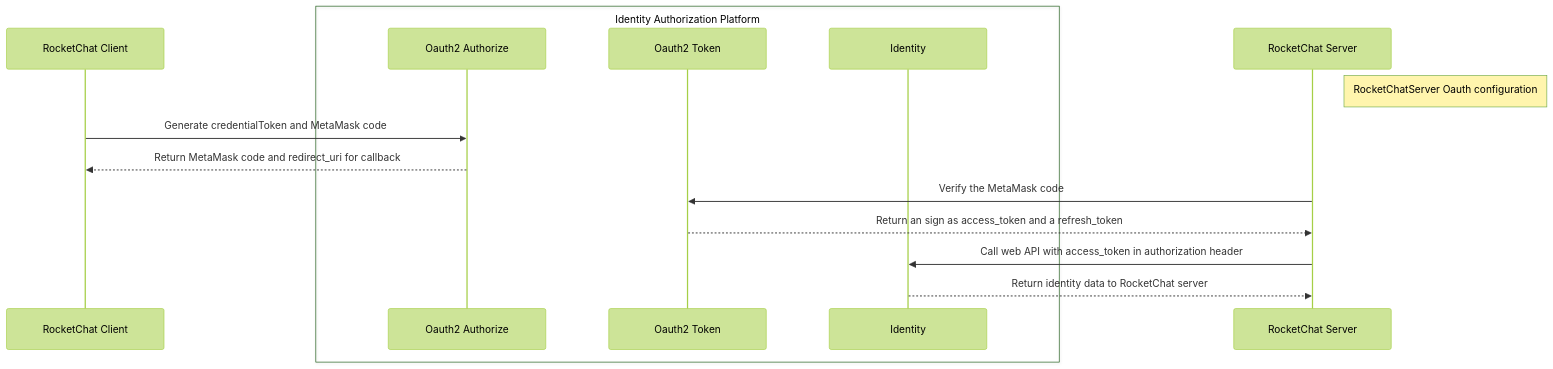
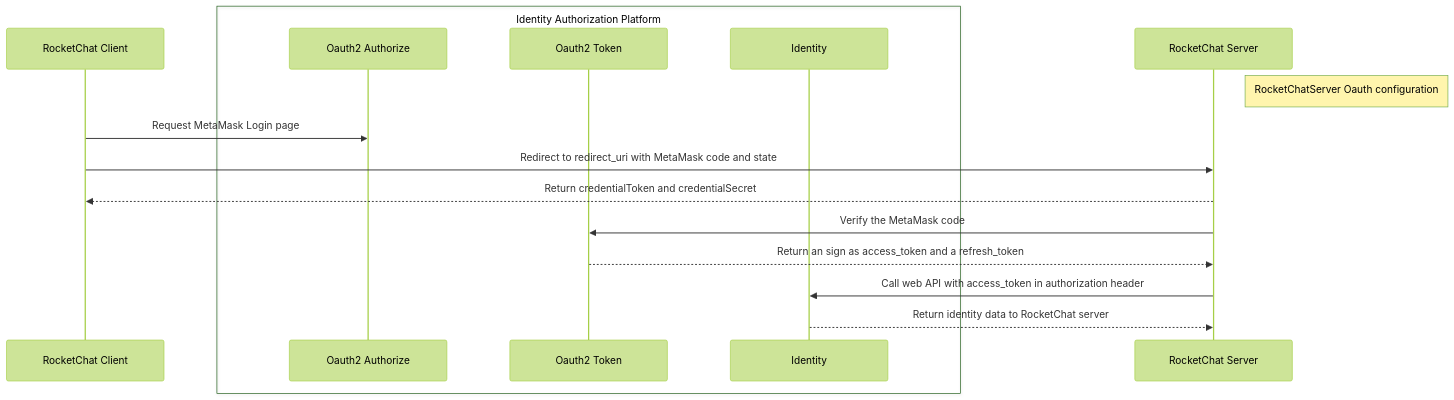
The diagram in website/docs/rocketchat/rocketchat-metamask-oauth.mdx (vulnsystem/vulnsystem.github.io), drawn with Mermaid (forest theme) before and after one commit. The commit also changed other lines of this file, not shown here.

````diff
--- a/website/docs/rocketchat/rocketchat-metamask-oauth.mdx
+++ b/website/docs/rocketchat/rocketchat-metamask-oauth.mdx
@@ -9,34 +9,35 @@
 ```mermaid
 
 %%{
   init: {
     'sequence': {
       'actorMargin': 100,
       'width': 250,
       'noteMargin': 15
     }
   }
 }%%
 
 
 sequenceDiagram
   participant RocketChatClient as RocketChat Client
   participant Oauth2Authorize as Oauth2 Authorize
   participant Oauth2Token as Oauth2 Token
   participant ResourceServer as Identity
   participant RocketChatServer as RocketChat Server
 
   Note right of RocketChatServer: RocketChatServer Oauth configuration
-  RocketChatClient ->> Oauth2Authorize: Generate credentialToken and MetaMask code
-  Oauth2Authorize -->> RocketChatClient: Return MetaMask code and redirect_uri for callback
+  RocketChatClient ->> Oauth2Authorize: Request MetaMask Login page 
+  RocketChatClient ->> RocketChatServer: Redirect to redirect_uri with MetaMask code and state
+  RocketChatServer -->> RocketChatClient: Return credentialToken and credentialSecret
   RocketChatServer ->> Oauth2Token: Verify the MetaMask code
   Oauth2Token -->> RocketChatServer: Return an sign as access_token and a refresh_token
   RocketChatServer ->> ResourceServer: Call web API with access_token in authorization header
   ResourceServer -->> RocketChatServer: Return identity data to RocketChat server
 
   box transparent Identity Authorization Platform
   participant Oauth2Authorize
   participant Oauth2Token
   participant ResourceServer
   end
 ```
````
